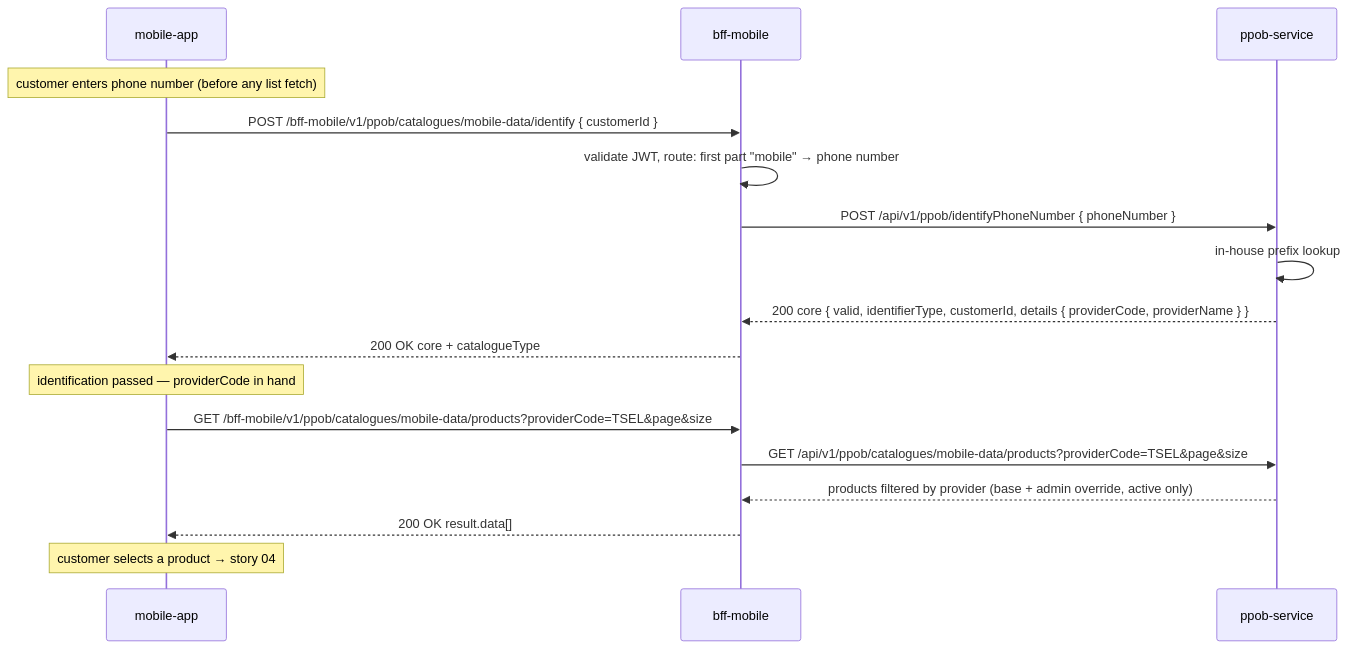
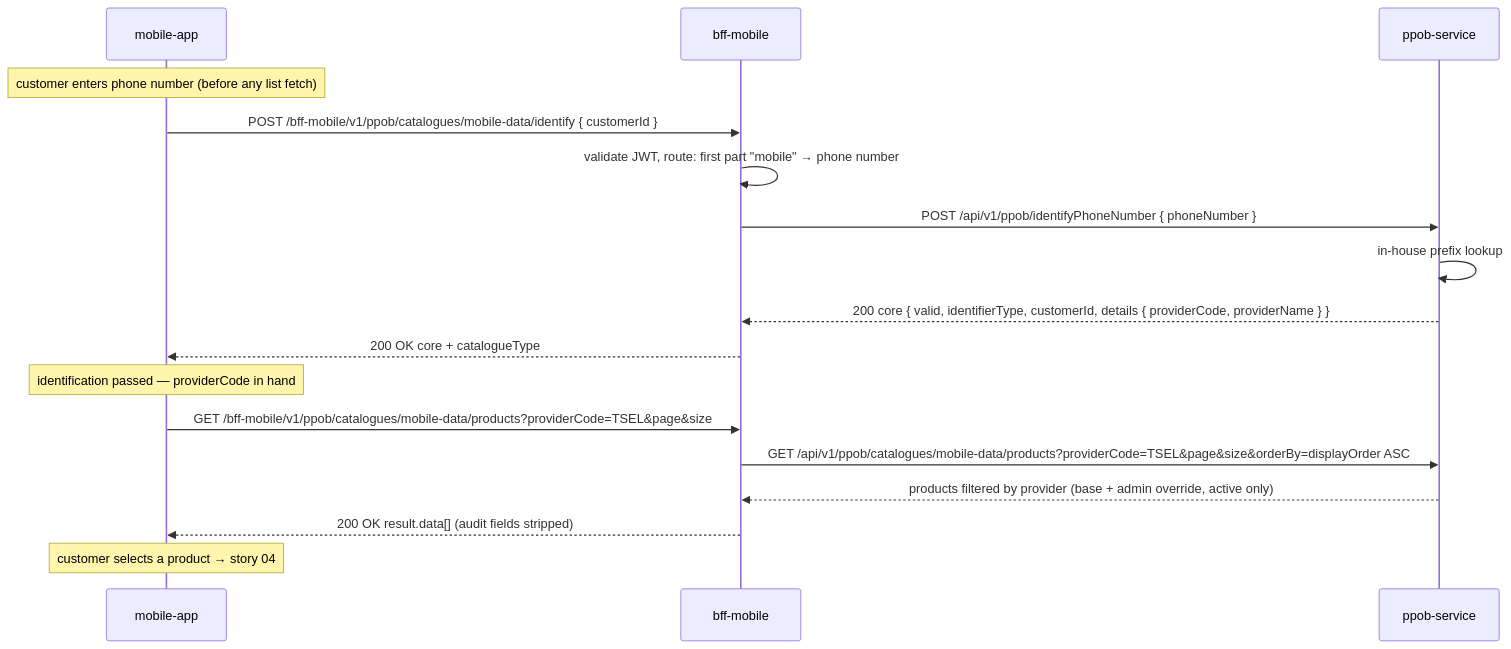
The diagram in designs/ppob-bnpl-pilot/api/stories/03-browse-data-package.md (NaufalA/system-design), drawn with Mermaid before and after one commit. The commit also changed other lines of this file and 7 other files, not shown here.

````diff
--- a/designs/ppob-bnpl-pilot/api/stories/03-browse-data-package.md
+++ b/designs/ppob-bnpl-pilot/api/stories/03-browse-data-package.md
@@ -7,22 +7,22 @@
 ```mermaid
 sequenceDiagram
     participant app as mobile-app
     participant bff as bff-mobile
     participant ppob as ppob-service
 
     Note over app: customer enters phone number (before any list fetch)
 
     app->>bff: POST /bff-mobile/v1/ppob/catalogues/mobile-data/identify { customerId }
     bff->>bff: validate JWT, route: first part "mobile" → phone number
     bff->>ppob: POST /api/v1/ppob/identifyPhoneNumber { phoneNumber }
     ppob->>ppob: in-house prefix lookup
     ppob-->>bff: 200 core { valid, identifierType, customerId, details { providerCode, providerName } }
     bff-->>app: 200 OK core + catalogueType
     Note over app: identification passed — providerCode in hand
 
     app->>bff: GET /bff-mobile/v1/ppob/catalogues/mobile-data/products?providerCode=TSEL&page&size
-    bff->>ppob: GET /api/v1/ppob/catalogues/mobile-data/products?providerCode=TSEL&page&size
+    bff->>ppob: GET /api/v1/ppob/catalogues/mobile-data/products?providerCode=TSEL&page&size&orderBy=displayOrder ASC
     ppob-->>bff: products filtered by provider (base + admin override, active only)
-    bff-->>app: 200 OK result.data[]
+    bff-->>app: 200 OK result.data[] (audit fields stripped)
     Note over app: customer selects a product → story 04
 ```
````
